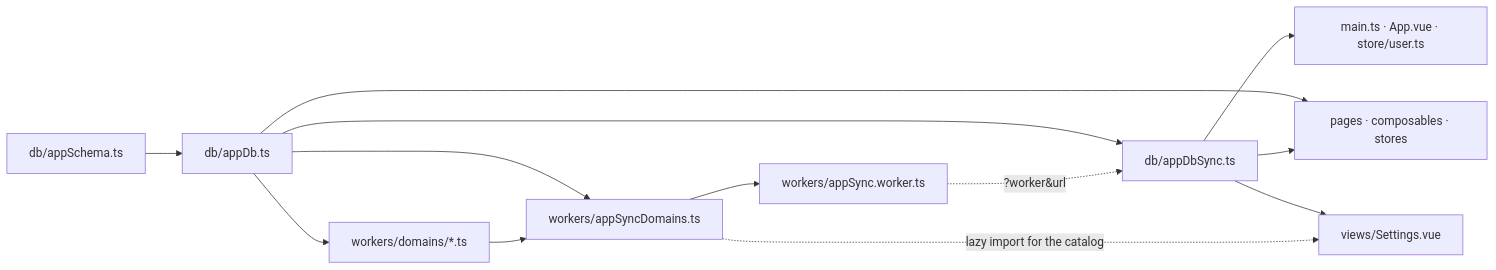
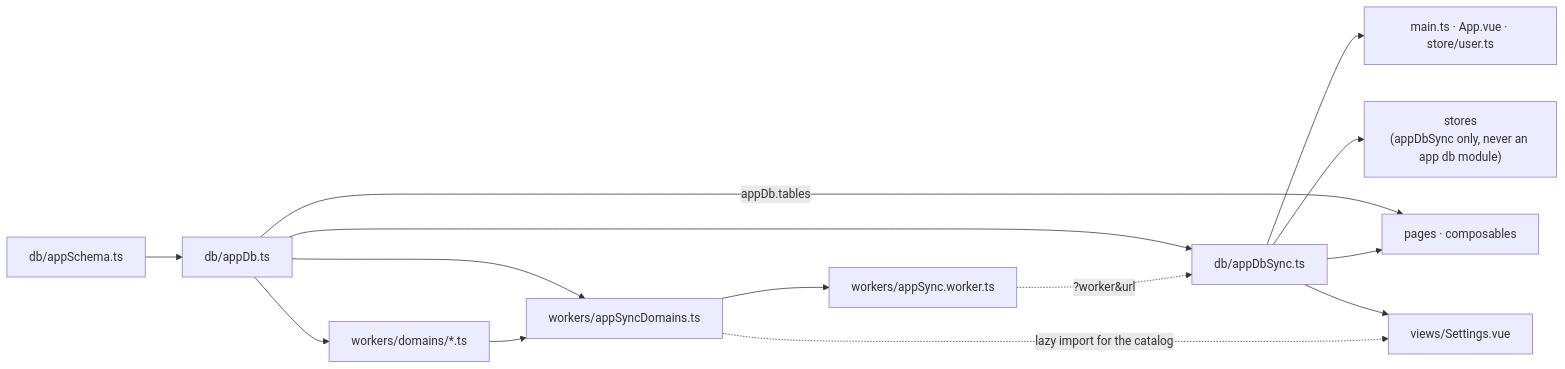
The diagram in docs/APP_DB_DEVELOPER_GUIDE.md (hotwax/accxui), drawn with Mermaid before and after one commit. The commit also changed other lines of this file and 1 other file, not shown here.

````diff
--- a/docs/APP_DB_DEVELOPER_GUIDE.md
+++ b/docs/APP_DB_DEVELOPER_GUIDE.md
@@ -1031,15 +1057,16 @@
 ```mermaid
 flowchart LR
     SCH["db/appSchema.ts"] --> DB["db/appDb.ts"]
     DB --> DOMS["workers/domains/*.ts"]
     DOMS --> LIST["workers/appSyncDomains.ts"]
     DB --> LIST
     LIST --> W["workers/appSync.worker.ts"]
     W -. "?worker&url" .-> SVC["db/appDbSync.ts"]
     DB --> SVC
     SVC --> BOOT["main.ts · App.vue · store/user.ts"]
-    SVC --> PAGES["pages · composables · stores"]
-    DB --> PAGES
+    SVC --> PAGES["pages · composables"]
+    DB -- "appDb.tables" --> PAGES
+    SVC --> STORES["stores<br/>(appDbSync only, never an app db module)"]
     LIST -. "lazy import for the catalog" .-> SET["views/Settings.vue"]
     SVC --> SET
 ```
````
